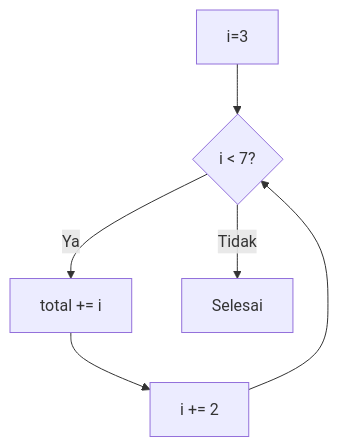
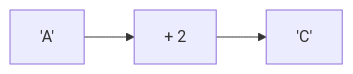
One commit to amnahwaida/OSNK_INF_PREP changed diagram 14 of 25 in part-c-pemahaman-cpp/03-perulangan/latihan/set-06.md. Above: the diagram before and after it, drawn with Mermaid. The commit also changed other lines of this file and 71 other files, not shown here.

````diff
--- a/part-c-pemahaman-cpp/03-perulangan/latihan/set-06.md
+++ b/part-c-pemahaman-cpp/03-perulangan/latihan/set-06.md
@@ -469,8 +410,5 @@
 ```mermaid
-graph TD
-    A[i=3] --> B{i < 7?}
-    B -- Ya --> C[total += i]
-    C --> D[i += 2]
-    D --> B
-    B -- Tidak --> E[Selesai]
+graph LR
+A['A'] --> B[+ 2]
+B --> C['C']
 ```
````
